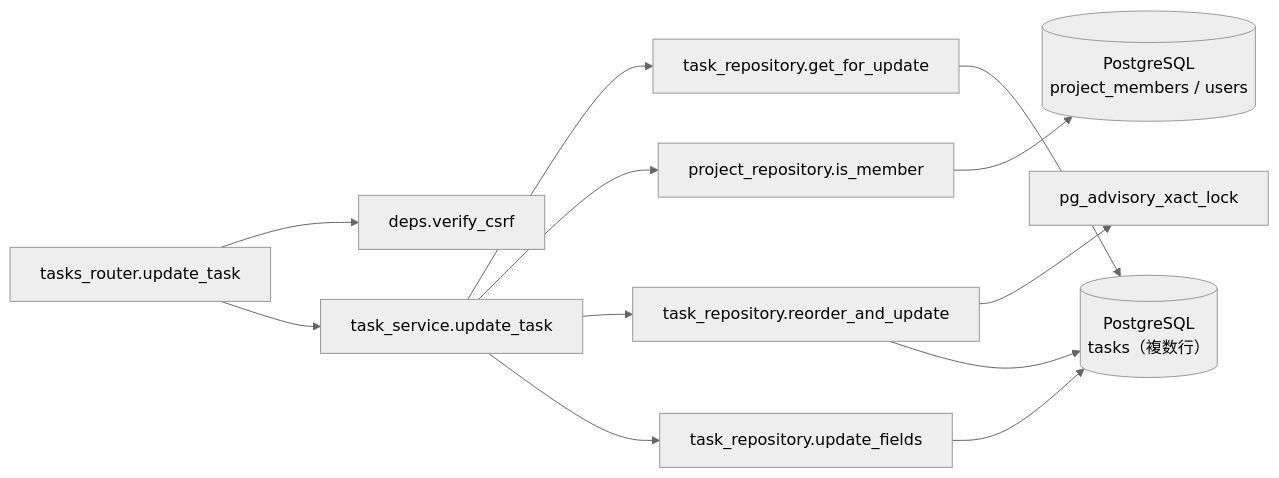
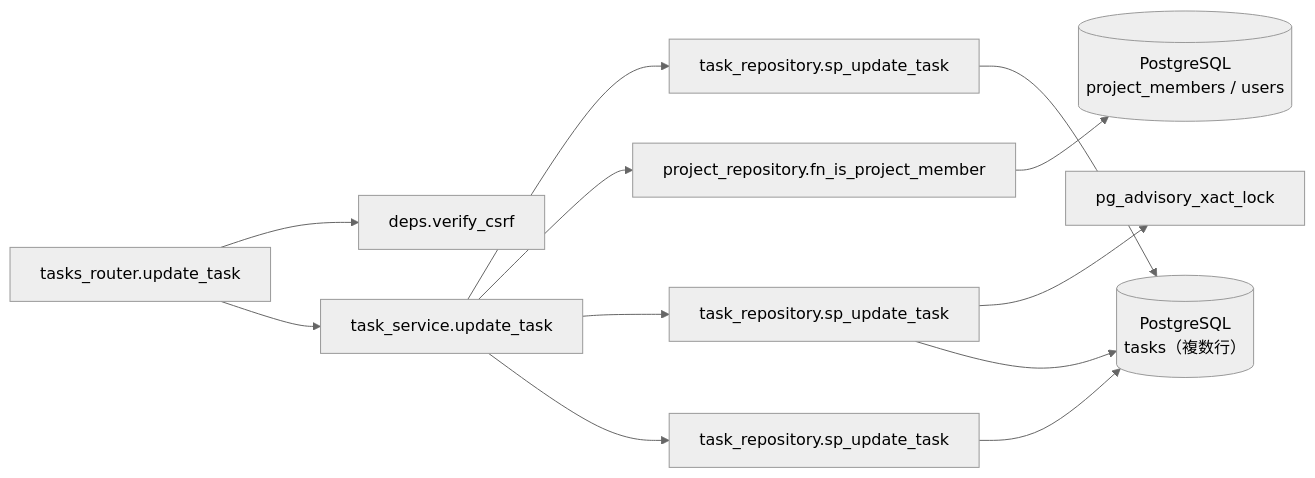
One commit to oikawa-d/task_management changed the third of 4 diagrams in detailed_design/api/tasks/04_patch_task.md. Above: the diagram before and after it, drawn with Mermaid (neutral theme). The commit also changed other lines of this file and 58 other files, not shown here.

````diff
--- a/detailed_design/api/tasks/04_patch_task.md
+++ b/detailed_design/api/tasks/04_patch_task.md
@@ -286,14 +286,14 @@
 ```mermaid
 flowchart LR
     R["tasks_router.update_task"] --> DEP["deps.verify_csrf"]
     R --> S["task_service.update_task"]
-    S --> G["task_repository.get_for_update"]
-    S --> PR["project_repository.is_member"]
-    S --> RO["task_repository.reorder_and_update"]
-    S --> UF["task_repository.update_fields"]
+    S --> G["task_repository.sp_update_task"]
+    S --> PR["project_repository.fn_is_project_member"]
+    S --> RO["task_repository.sp_update_task"]
+    S --> UF["task_repository.sp_update_task"]
     RO --> LOCK["pg_advisory_xact_lock"]
     RO --> DB[("PostgreSQL<br/>tasks（複数行）")]
     UF --> DB
     G --> DB
     PR --> DBM[("PostgreSQL<br/>project_members / users")]
 ```
````
